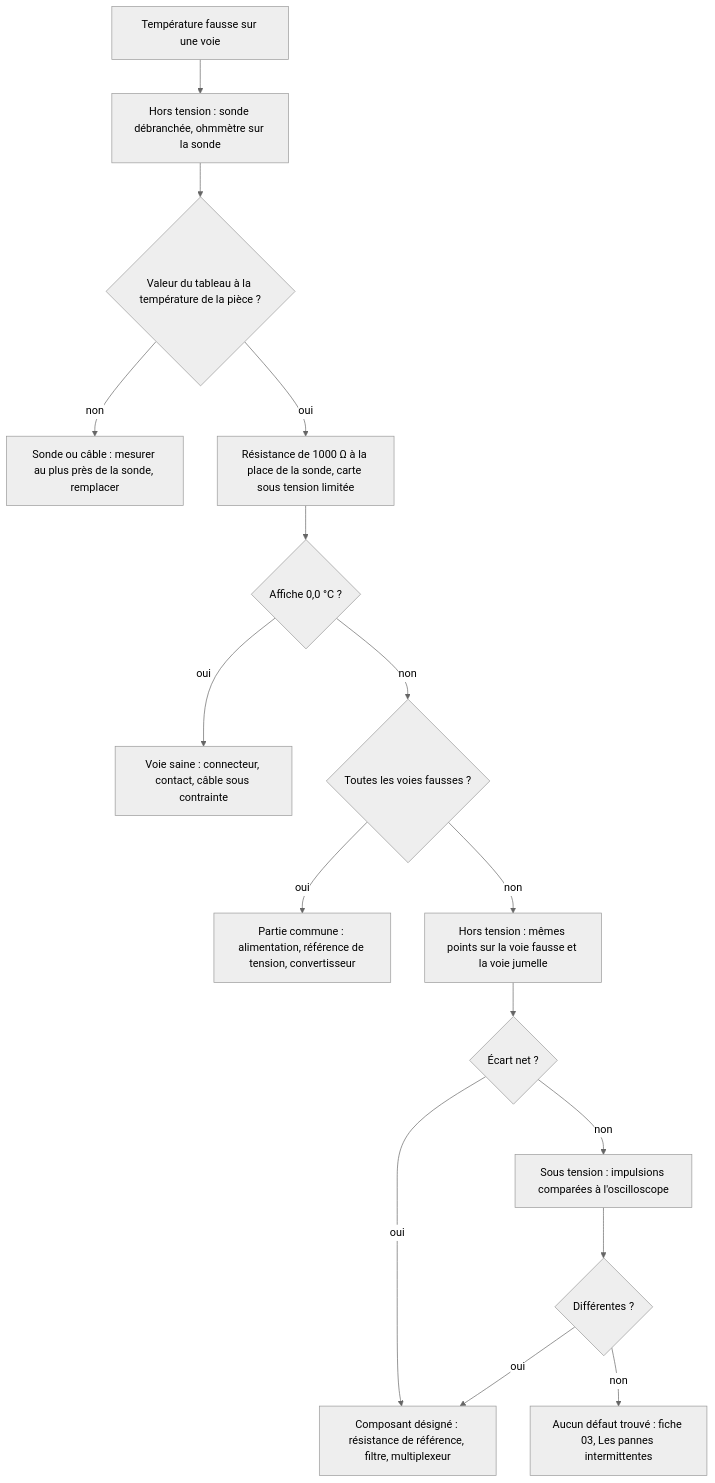
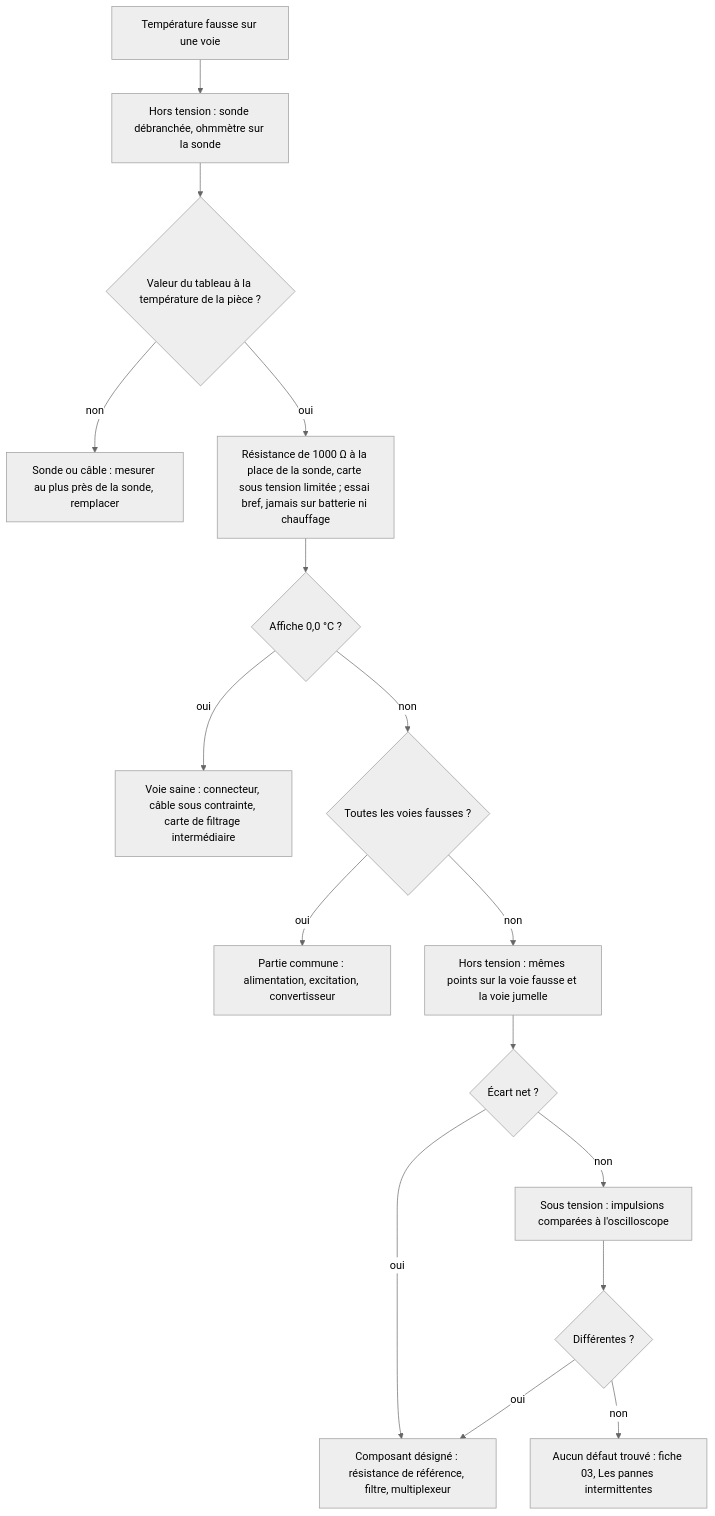
The diagram in troubleshooting/14_sonde_platine/README.md (benoit-bremaud/ohm-sweet-ohm), drawn with Mermaid (neutral theme) before and after one commit. The commit also changed other lines of this file and 14 other files, not shown here.

````diff
--- a/troubleshooting/14_sonde_platine/README.md
+++ b/troubleshooting/14_sonde_platine/README.md
@@ -137,18 +137,18 @@
 ```mermaid
 flowchart TD
   A[Température fausse sur une voie] --> B[Hors tension : sonde débranchée, ohmmètre sur la sonde]
   B --> C{Valeur du tableau à la température de la pièce ?}
   C -- non --> C1[Sonde ou câble : mesurer au plus près de la sonde, remplacer]
-  C -- oui --> D[Résistance de 1000 Ω à la place de la sonde, carte sous tension limitée]
+  C -- oui --> D[Résistance de 1000 Ω à la place de la sonde, carte sous tension limitée ; essai bref, jamais sur batterie ni chauffage]
   D --> E{Affiche 0,0 °C ?}
-  E -- oui --> E1[Voie saine : connecteur, contact, câble sous contrainte]
+  E -- oui --> E1[Voie saine : connecteur, câble sous contrainte, carte de filtrage intermédiaire]
   E -- non --> F{Toutes les voies fausses ?}
-  F -- oui --> F1[Partie commune : alimentation, référence de tension, convertisseur]
+  F -- oui --> F1[Partie commune : alimentation, excitation, convertisseur]
   F -- non --> G[Hors tension : mêmes points sur la voie fausse et la voie jumelle]
   G --> H{Écart net ?}
   H -- oui --> H1[Composant désigné : résistance de référence, filtre, multiplexeur]
   H -- non --> I[Sous tension : impulsions comparées à l'oscilloscope]
   I --> J{Différentes ?}
   J -- oui --> H1
   J -- non --> K[Aucun défaut trouvé : fiche 03, Les pannes intermittentes]
 ```
````
